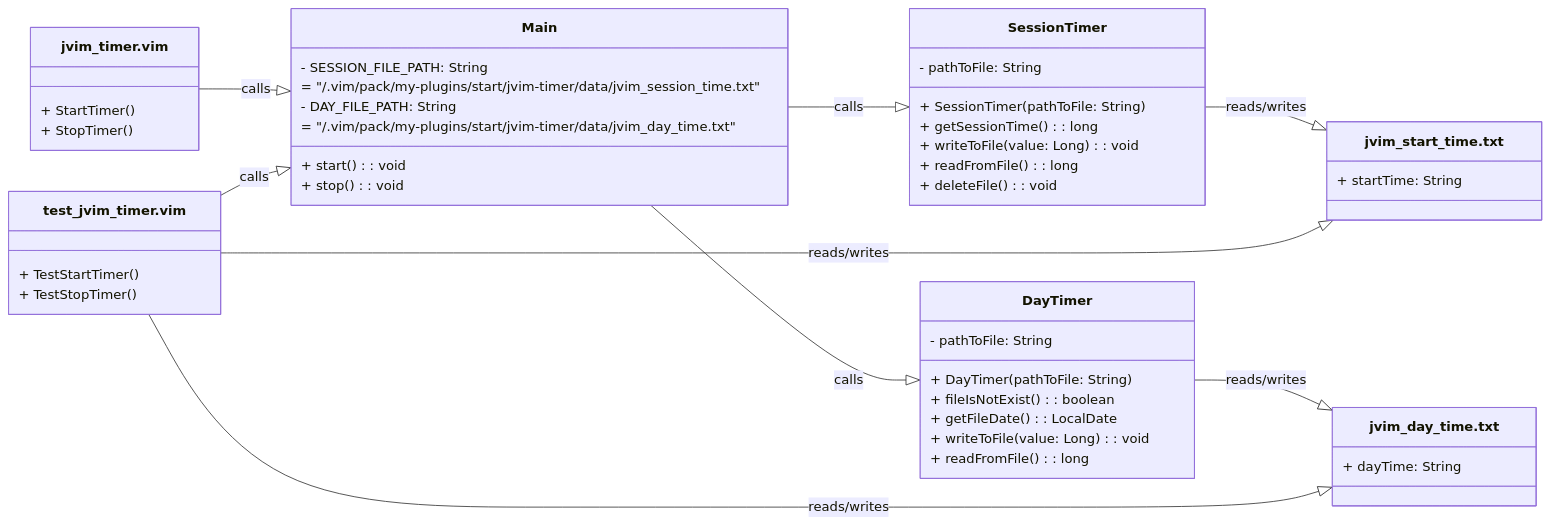
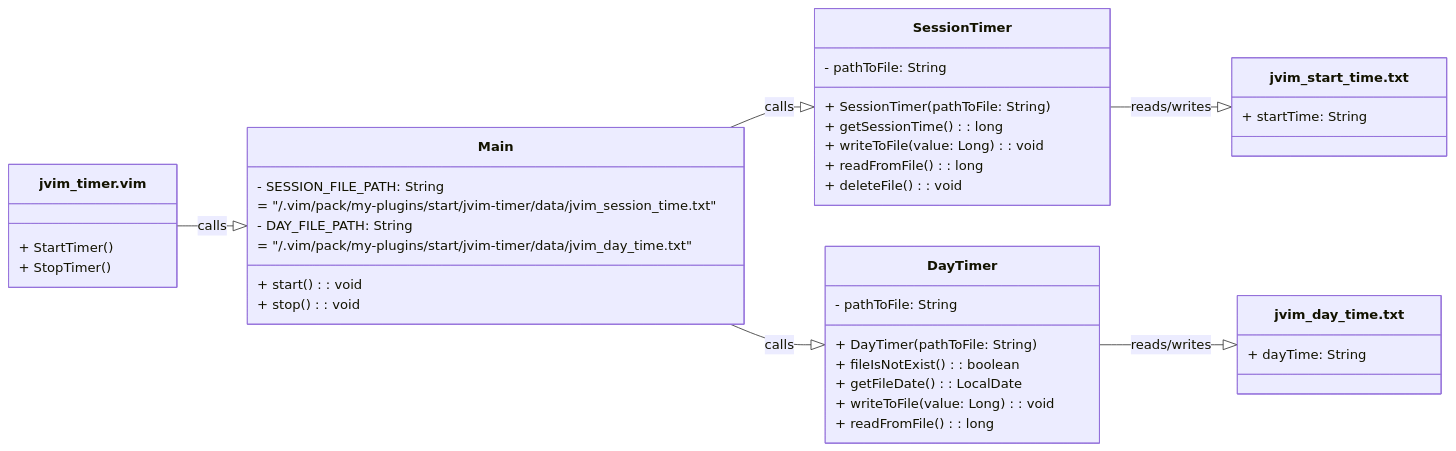
Before and after one commit to AlexandrAnatoliev/vim-config: the first of 4 diagrams in pack/my-plugins/start/jvim-timer/README.md, drawn with Mermaid. The commit also changed other lines of this file and 5 other files, not shown here.

````diff
--- a/pack/my-plugins/start/jvim-timer/README.md
+++ b/pack/my-plugins/start/jvim-timer/README.md
@@ -113,58 +113,50 @@
 ```mermaid
 classDiagram
   direction LR
   
   class jvim_timer.vim {
     + StartTimer()
     + StopTimer()
-  }
-
-  class test_jvim_timer.vim {
-    + TestStartTimer()
-    + TestStopTimer()
   }
 
   class Main {
     - SESSION_FILE_PATH: String 
       = "/.vim/pack/my-plugins/start/jvim-timer/data/jvim_session_time.txt"
     - DAY_FILE_PATH: String 
       = "/.vim/pack/my-plugins/start/jvim-timer/data/jvim_day_time.txt"
     + start(): void
     + stop(): void
   }
 
   class SessionTimer {
     - pathToFile: String
     + SessionTimer(pathToFile: String)
     + getSessionTime(): long
     + writeToFile(value: Long): void
     + readFromFile(): long
     + deleteFile(): void
   }
 
   class DayTimer {
     - pathToFile: String
     + DayTimer(pathToFile: String)
     + fileIsNotExist(): boolean
     + getFileDate(): LocalDate
     + writeToFile(value: Long): void
     + readFromFile(): long
   }
 
   class jvim_start_time.txt {
     + startTime: String 
   }
 
   class jvim_day_time.txt {
     + dayTime: String
   }
 
   jvim_timer.vim --|> Main : calls
   Main --|> SessionTimer : calls
   Main --|> DayTimer : calls
   SessionTimer --|> jvim_start_time.txt : reads/writes
   DayTimer --|> jvim_day_time.txt : reads/writes
-  test_jvim_timer.vim --|> Main : calls
-  test_jvim_timer.vim --|> jvim_start_time.txt : reads/writes
-  test_jvim_timer.vim --|> jvim_day_time.txt : reads/writes
 ```
````
